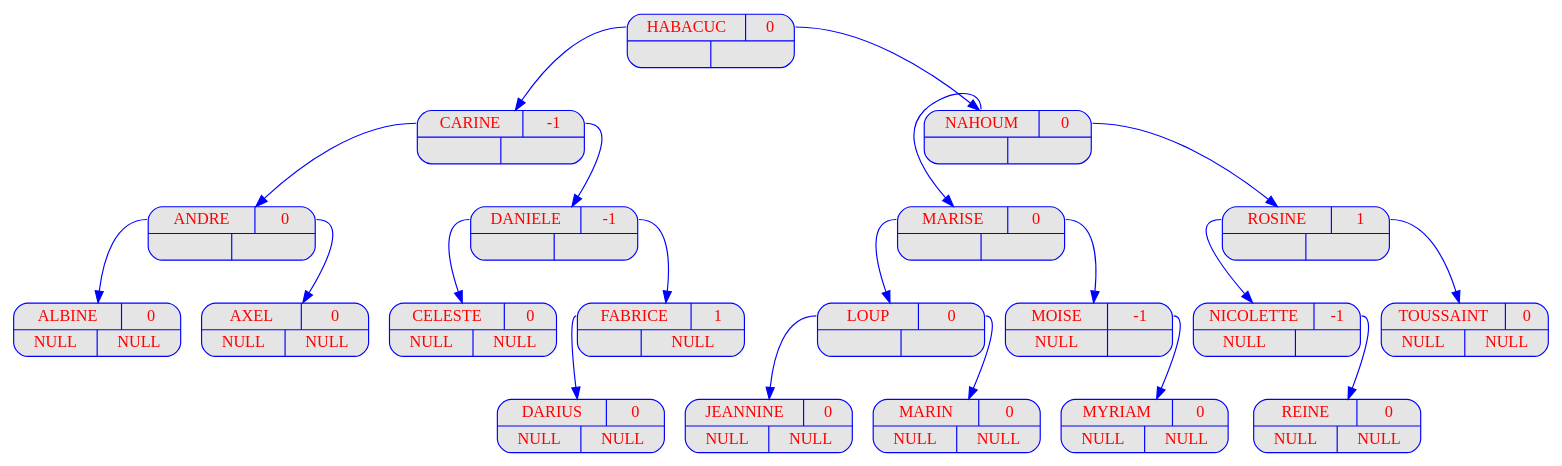
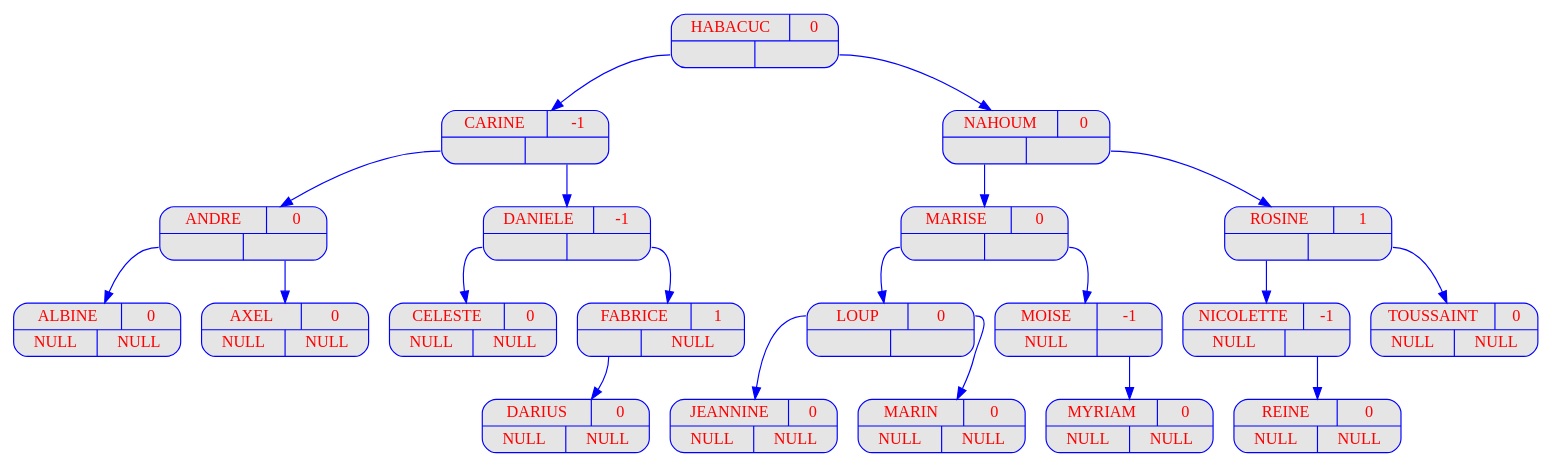
One commit to FilRougeAAP/Fil_Rouge changed the diagram in CR/Img_prog1/displayAVL_v19.dot. Above: the diagram before and after it, drawn with Graphviz. The commit also changed 65 other files, not shown here.

```diff
--- a/CR/Img_prog1/displayAVL_v19.dot
+++ b/CR/Img_prog1/displayAVL_v19.dot
@@ -1,68 +1,61 @@
 digraph displayAVL {
 	node [
 		fontname  = "Arial bold" 
 		fontsize  = "14"
 		fontcolor = "red"
 		style     = "rounded, filled"
 		shape     = "record"
 		fillcolor = "grey90"
 		color     = "blue"
 		width     = "2"
 	]
 
 	edge [
 		color     = "blue"
 	]
 
-	"HABACUC" [label = "{{<g> HABACUC | <d> 0 } | { <g> | <d>}}"];
+	"HABACUC" [label = "{{ HABACUC |  0 } | { <g> | <d>}}"];
 	"HABACUC":g -> "CARINE";
-	"CARINE" [label = "{{<g> CARINE | <d> -1 } | { <g> | <d>}}"];
+	"CARINE" [label = "{{ CARINE |  -1 } | { <g> | <d>}}"];
 	"CARINE":g -> "ANDRE";
-	"ANDRE" [label = "{{<g> ANDRE | <d> 0 } | { <g> | <d>}}"];
+	"ANDRE" [label = "{{ ANDRE |  0 } | { <g> | <d>}}"];
 	"ANDRE":g -> "ALBINE";
-	"ALBINE" [label = "{{<g> ALBINE | <d> 0 } | { <g> | <d>}}"];
-	"ALBINE" [label = "{{<g> ALBINE | <d> 0 }| { <g> NULL | <d> NULL}}"];
+	"ALBINE" [label = "{{ ALBINE |  0 } | { <g> | <d>}}"];
+	"ALBINE" [label = "{{ ALBINE |  0 }| { <g> NULL | <d> NULL}}"];
 	"ANDRE":d -> "AXEL";
-	"AXEL" [label = "{{<g> AXEL | <d> 0 } | { <g> | <d>}}"];
-	"AXEL" [label = "{{<g> AXEL | <d> 0 }| { <g> NULL | <d> NULL}}"];
+	"AXEL" [label = "{{ AXEL |  0 }| { <g> NULL | <d> NULL}}"];
 	"CARINE":d -> "DANIELE";
-	"DANIELE" [label = "{{<g> DANIELE | <d> -1 } | { <g> | <d>}}"];
+	"DANIELE" [label = "{{ DANIELE |  -1 } | { <g> | <d>}}"];
 	"DANIELE":g -> "CELESTE";
-	"CELESTE" [label = "{{<g> CELESTE | <d> 0 } | { <g> | <d>}}"];
-	"CELESTE" [label = "{{<g> CELESTE | <d> 0 }| { <g> NULL | <d> NULL}}"];
+	"CELESTE" [label = "{{ CELESTE | 0 }| { <g> NULL | <d> NULL}}"];
 	"DANIELE":d -> "FABRICE";
-	"FABRICE" [label = "{{<g> FABRICE | <d> 1 } | { <g> | <d>}}"];
-	"FABRICE" [label = "{{<g> FABRICE | <d> 1 }| { <g> | <d> NULL}}"];
+	
+	"FABRICE" [label = "{{ FABRICE |  1 }| { <g> | <d> NULL}}"];
 	"FABRICE":g -> "DARIUS";
-	"DARIUS" [label = "{{<g> DARIUS | <d> 0 } | { <g> | <d>}}"];
-	"DARIUS" [label = "{{<g> DARIUS | <d> 0 }| { <g> NULL | <d> NULL}}"];
+	"DARIUS" [label = "{{ DARIUS |  0 }| { <g> NULL | <d> NULL}}"];
 	"HABACUC":d -> "NAHOUM";
-	"NAHOUM" [label = "{{<g> NAHOUM | <d> 0 } | { <g> | <d>}}"];
+	"NAHOUM" [label = "{{ NAHOUM |  0 } | { <g> | <d>}}"];
 	"NAHOUM":g -> "MARISE";
-	"MARISE" [label = "{{<g> MARISE | <d> 0 } | { <g> | <d>}}"];
+	"MARISE" [label = "{{ MARISE | 0 } | { <g> | <d>}}"];
 	"MARISE":g -> "LOUP";
 	"LOUP" [label = "{{<g> LOUP | <d> 0 } | { <g> | <d>}}"];
 	"LOUP":g -> "JEANNINE";
-	"JEANNINE" [label = "{{<g> JEANNINE | <d> 0 } | { <g> | <d>}}"];
-	"JEANNINE" [label = "{{<g> JEANNINE | <d> 0 }| { <g> NULL | <d> NULL}}"];
+	"JEANNINE" [label = "{{ JEANNINE | 0 }| { <g> NULL | <d> NULL}}"];
 	"LOUP":d -> "MARIN";
-	"MARIN" [label = "{{<g> MARIN | <d> 0 } | { <g> | <d>}}"];
-	"MARIN" [label = "{{<g> MARIN | <d> 0 }| { <g> NULL | <d> NULL}}"];
+	"MARIN" [label = "{{ MARIN |  0 }| { <g> NULL | <d> NULL}}"];
 	"MARISE":d -> "MOISE";
-	"MOISE" [label = "{{<g> MOISE | <d> -1 } | { <g> | <d>}}"];
-	"MOISE" [label = "{{<g> MOISE | <d> -1 }| { <g> NULL | <d> }}"];
+	"MOISE" [label = "{{ MOISE | -1 }| { <g> NULL | <d> }}"];
 	"MOISE":d -> "MYRIAM";
-	"MYRIAM" [label = "{{<g> MYRIAM | <d> 0 } | { <g> | <d>}}"];
-	"MYRIAM" [label = "{{<g> MYRIAM | <d> 0 }| { <g> NULL | <d> NULL}}"];
+	"MYRIAM" [label = "{{ MYRIAM | 0 }| { <g> NULL | <d> NULL}}"];
 	"NAHOUM":d -> "ROSINE";
-	"ROSINE" [label = "{{<g> ROSINE | <d> 1 } | { <g> | <d>}}"];
+	"ROSINE" [label = "{{ ROSINE | 1 } | { <g> | <d>}}"];
 	"ROSINE":g -> "NICOLETTE";
-	"NICOLETTE" [label = "{{<g> NICOLETTE | <d> -1 } | { <g> | <d>}}"];
-	"NICOLETTE" [label = "{{<g> NICOLETTE | <d> -1 }| { <g> NULL | <d> }}"];
+	
+	"NICOLETTE" [label = "{{ NICOLETTE | -1 }| { <g> NULL | <d> }}"];
 	"NICOLETTE":d -> "REINE";
 	"REINE" [label = "{{<g> REINE | <d> 0 } | { <g> | <d>}}"];
 	"REINE" [label = "{{<g> REINE | <d> 0 }| { <g> NULL | <d> NULL}}"];
 	"ROSINE":d -> "TOUSSAINT";
 	"TOUSSAINT" [label = "{{<g> TOUSSAINT | <d> 0 } | { <g> | <d>}}"];
 	"TOUSSAINT" [label = "{{<g> TOUSSAINT | <d> 0 }| { <g> NULL | <d> NULL}}"];
 }
```
